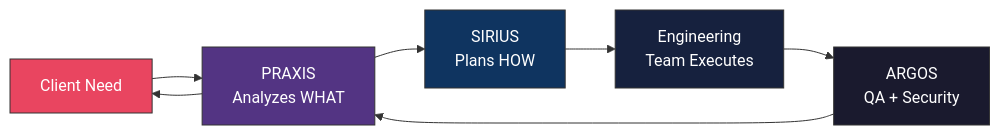
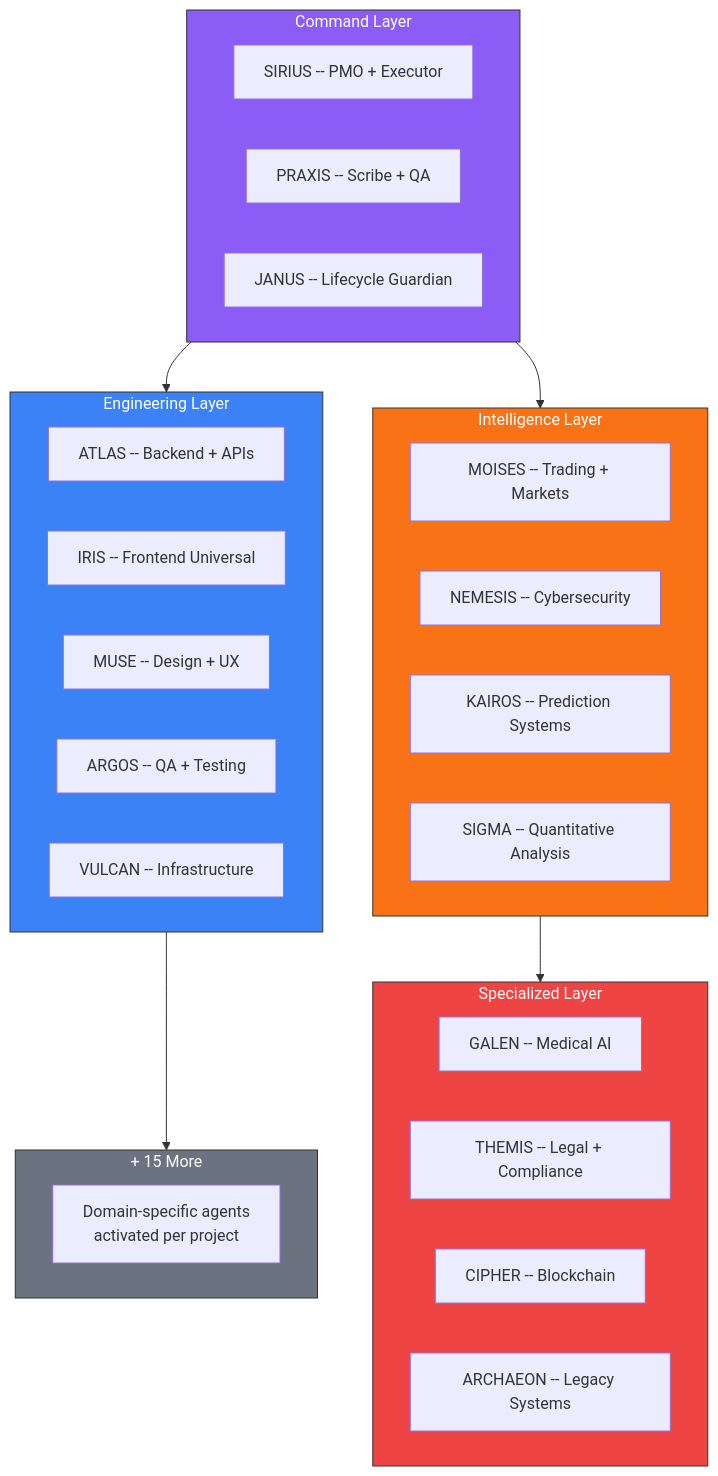
The second of 3 diagrams in README.md (soulcore-dev/soulcore-dev), drawn with Mermaid before and after one commit. The commit also changed other lines of this file, not shown here.

Commit message:
SOUL CORE profile v3 - hybrid team humans+AI, 4 Mermaid diagrams, professional

````diff
--- a/README.md
+++ b/README.md
@@ -130,15 +96,45 @@
 ```mermaid
-flowchart LR
-    CLIENT[Client Need] --> PRAXIS[PRAXIS<br>Analyzes WHAT]
-    PRAXIS --> SIRIUS[SIRIUS<br>Plans HOW]
-    SIRIUS --> TEAM[Engineering<br>Team Executes]
-    TEAM --> ARGOS[ARGOS<br>QA + Security]
-    ARGOS --> PRAXIS
-    PRAXIS --> CLIENT
+graph TB
+    subgraph CMD["Command Layer"]
+        SIRIUS["SIRIUS -- PMO + Executor"]
+        PRAXIS["PRAXIS -- Scribe + QA"]
+        JANUS["JANUS -- Lifecycle Guardian"]
+    end
 
-    style CLIENT fill:#e94560,stroke:#333,color:#fff
-    style PRAXIS fill:#533483,stroke:#333,color:#fff
-    style SIRIUS fill:#0f3460,stroke:#333,color:#fff
-    style TEAM fill:#16213e,stroke:#333,color:#fff
-    style ARGOS fill:#1a1a2e,stroke:#333,color:#fff
+    subgraph ENG["Engineering Layer"]
+        ATLAS["ATLAS -- Backend + APIs"]
+        IRIS["IRIS -- Frontend Universal"]
+        MUSE["MUSE -- Design + UX"]
+        ARGOS["ARGOS -- QA + Testing"]
+        VULCAN["VULCAN -- Infrastructure"]
+    end
+
+    subgraph INT["Intelligence Layer"]
+        MOISES["MOISES -- Trading + Markets"]
+        NEMESIS["NEMESIS -- Cybersecurity"]
+        KAIROS["KAIROS -- Prediction Systems"]
+        SIGMA["SIGMA -- Quantitative Analysis"]
+    end
+
+    subgraph SPE["Specialized Layer"]
+        GALEN["GALEN -- Medical AI"]
+        THEMIS["THEMIS -- Legal + Compliance"]
+        CIPHER["CIPHER -- Blockchain"]
+        ARCHAEON["ARCHAEON -- Legacy Systems"]
+    end
+
+    subgraph MORE["+ 15 More"]
+        D1["Domain-specific agents\nactivated per project"]
+    end
+
+    CMD --> ENG
+    CMD --> INT
+    INT --> SPE
+    ENG --> MORE
+
+    style CMD fill:#8b5cf6,stroke:#333,color:#fff
+    style ENG fill:#3b82f6,stroke:#333,color:#fff
+    style INT fill:#f97316,stroke:#333,color:#fff
+    style SPE fill:#ef4444,stroke:#333,color:#fff
+    style MORE fill:#6b7280,stroke:#333,color:#fff
 ```
````
